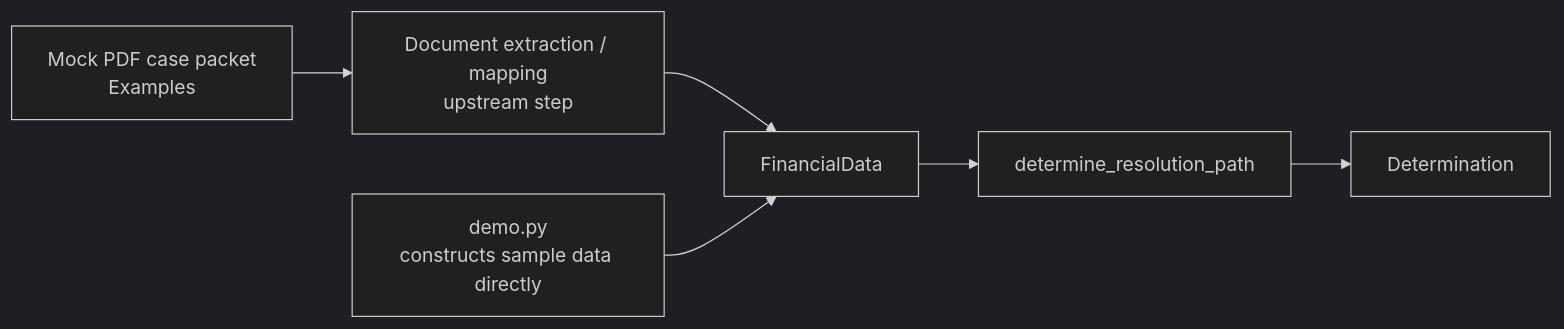
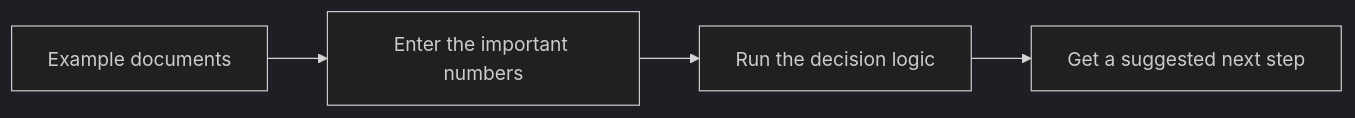
The second of 4 diagrams in README.md (Metdez/ResSpark), drawn with Mermaid (dark theme) before and after one commit. The commit also changed other lines of this file, not shown here.

Commit message:
Simplify README language and flows

````diff
--- a/README.md
+++ b/README.md
@@ -38,8 +34,6 @@
 ```mermaid
 flowchart LR
-    A[Mock PDF case packet<br/>Examples] --> B[Document extraction / mapping<br/>upstream step]
-    B --> C[FinancialData]
-    D[demo.py<br/>constructs sample data directly] --> C
-    C --> E[determine_resolution_path]
-    E --> F[Determination]
+    A[Example documents] --> B[Enter the important numbers]
+    B --> C[Run the decision logic]
+    C --> D[Get a suggested next step]
 ```
````
